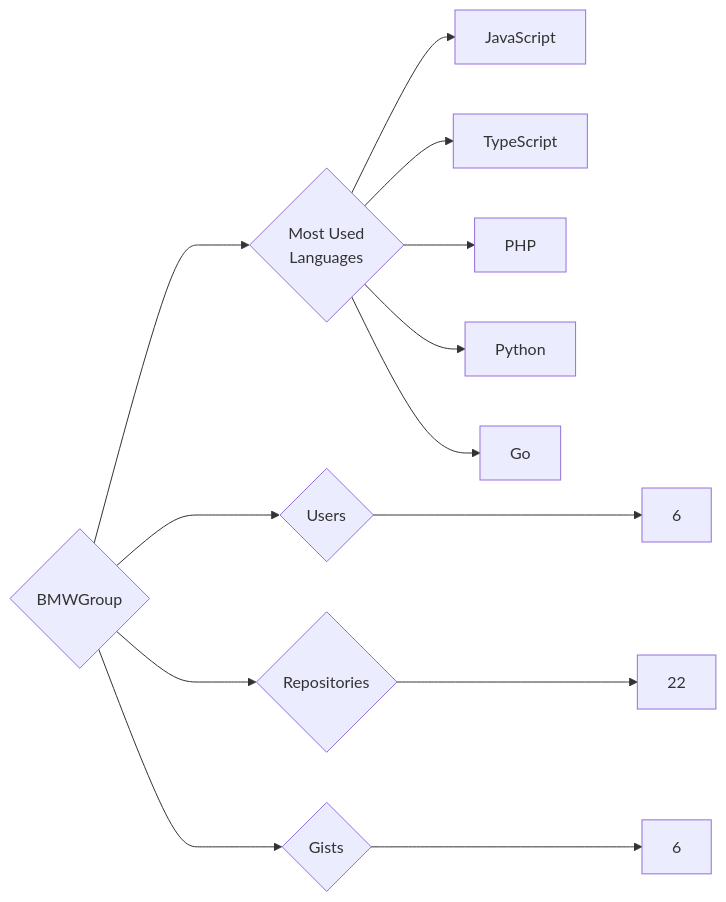
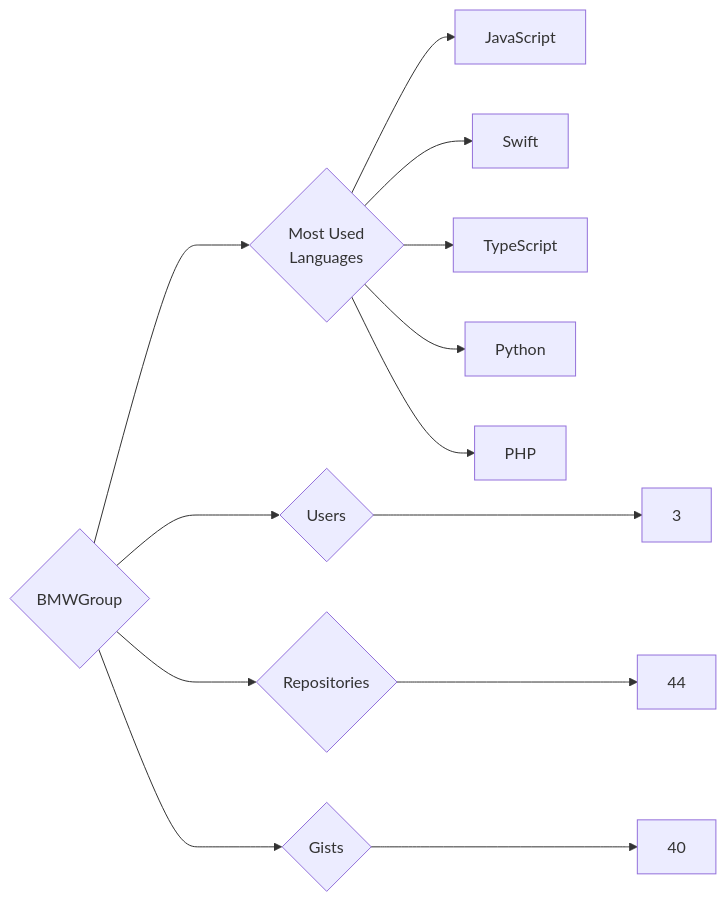
One commit to trickest/insiders changed the diagram in targets/BMWGroup/README.md. Above: the diagram before and after it, drawn with Mermaid. The commit also changed 1167 other files, not shown here.

````diff
--- a/targets/BMWGroup/README.md
+++ b/targets/BMWGroup/README.md
@@ -3,13 +3,13 @@
 ```mermaid
 graph LR
 COMPANY_NAME{BMWGroup}
-COMPANY_NAME ---> U{Users} ---> UN[6]
-COMPANY_NAME ---> R{Repositories} ---> RN[22]
-COMPANY_NAME ---> G{Gists} ---> GN[6]
+COMPANY_NAME ---> U{Users} ---> UN[3]
+COMPANY_NAME ---> R{Repositories} ---> RN[44]
+COMPANY_NAME ---> G{Gists} ---> GN[40]
 COMPANY_NAME ---> ML{Most Used<br>Languages}
 ML --> JavaScript[JavaScript]
+ML --> Swift[Swift]
 ML --> TypeScript[TypeScript]
+ML --> Python[Python]
 ML --> PHP[PHP]
-ML --> Python[Python]
-ML --> Go[Go]
 ```
````
